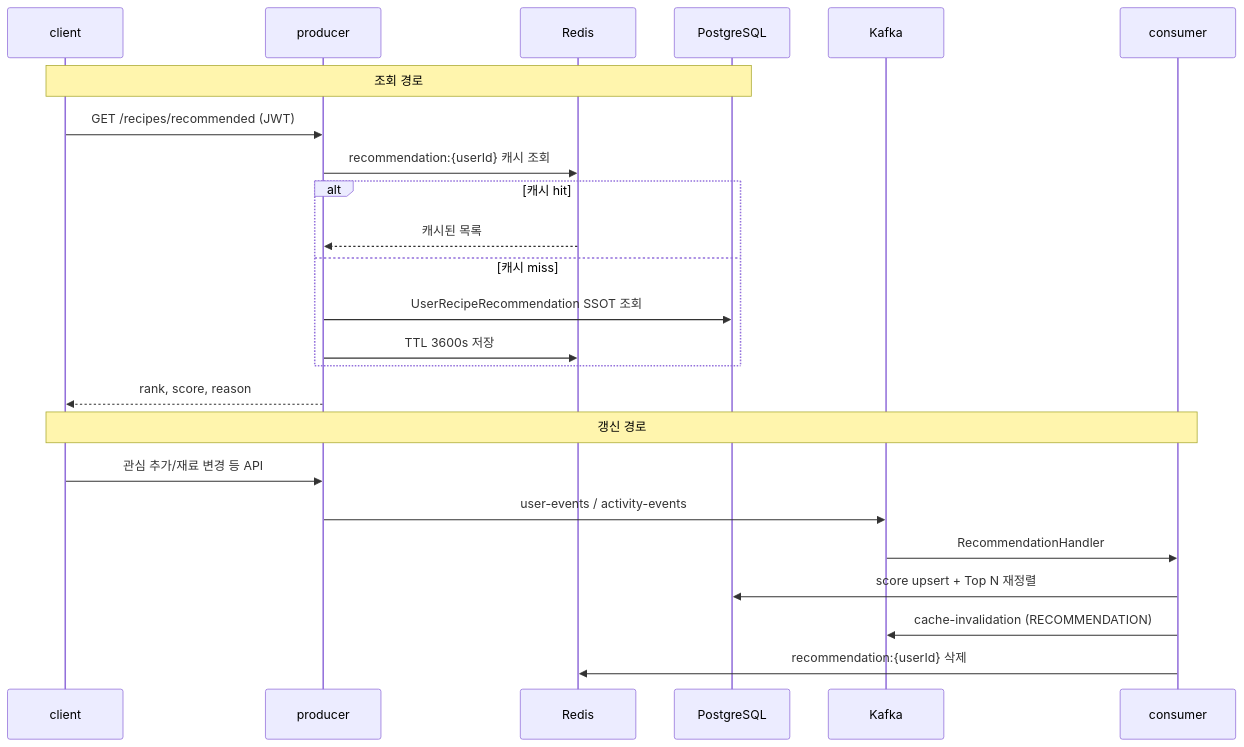
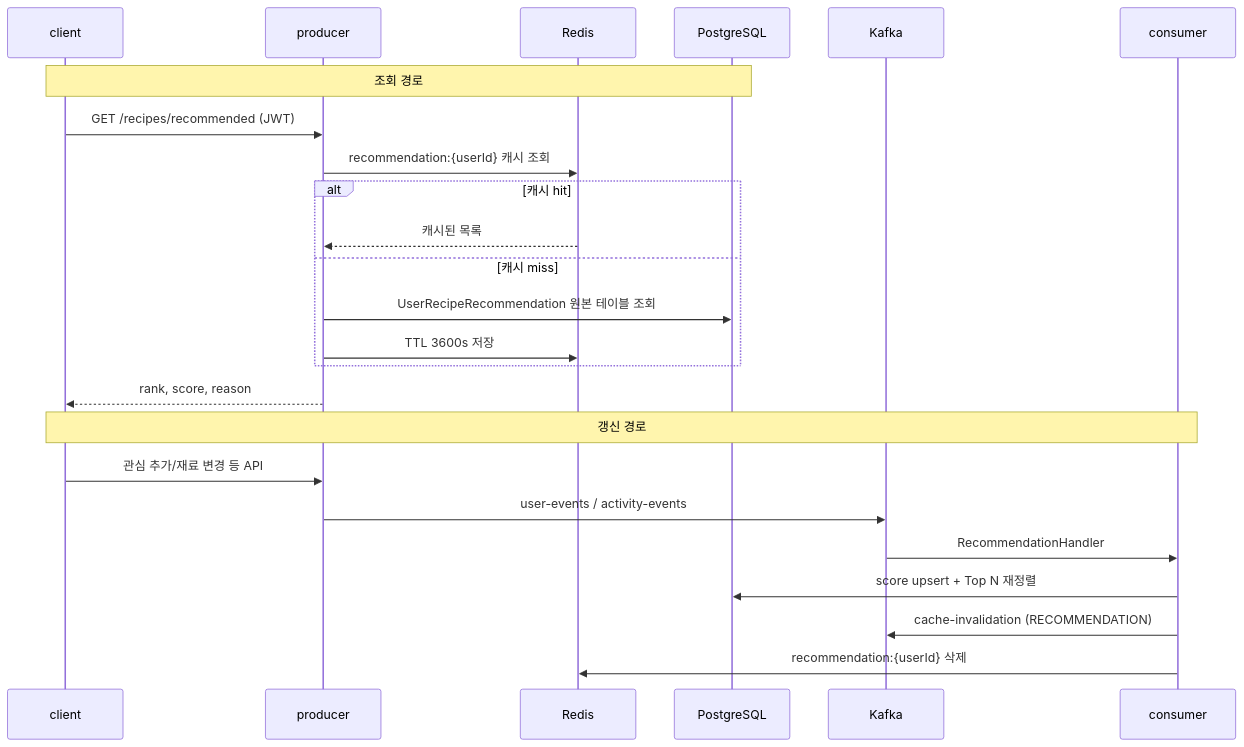
One commit to tkddnr1022/mealio changed the diagram in docs/docs/project/recommendation.md. Above: the diagram before and after it, drawn with Mermaid. The commit also changed other lines of this file and 51 other files, not shown here.

````diff
--- a/docs/docs/project/recommendation.md
+++ b/docs/docs/project/recommendation.md
@@ -16,28 +16,28 @@
 ```mermaid
 sequenceDiagram
     participant C as client
     participant P as producer
     participant R as Redis
     participant PG as PostgreSQL
     participant K as Kafka
     participant CV as consumer
 
     Note over C,PG: 조회 경로
     C->>P: GET /recipes/recommended (JWT)
     P->>R: recommendation:{userId} 캐시 조회
     alt 캐시 hit
         R-->>P: 캐시된 목록
     else 캐시 miss
-        P->>PG: UserRecipeRecommendation SSOT 조회
+        P->>PG: UserRecipeRecommendation 원본 테이블 조회
         P->>R: TTL 3600s 저장
     end
     P-->>C: rank, score, reason
 
     Note over C,CV: 갱신 경로
     C->>P: 관심 추가/재료 변경 등 API
     P->>K: user-events / activity-events
     K->>CV: RecommendationHandler
     CV->>PG: score upsert + Top N 재정렬
     CV->>K: cache-invalidation (RECOMMENDATION)
     CV->>R: recommendation:{userId} 삭제
 ```
````
